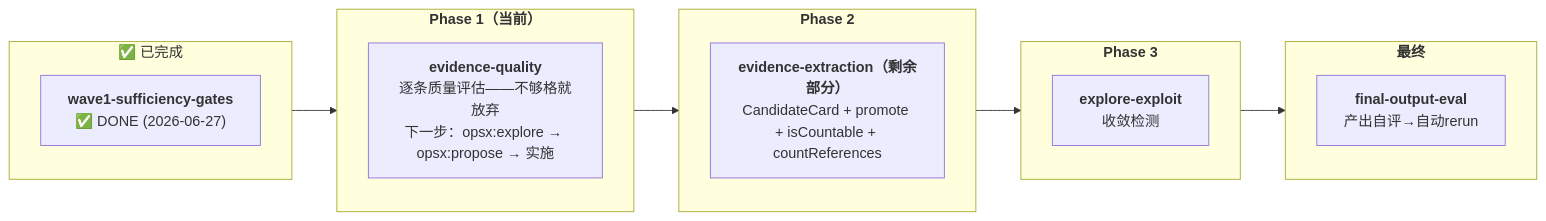
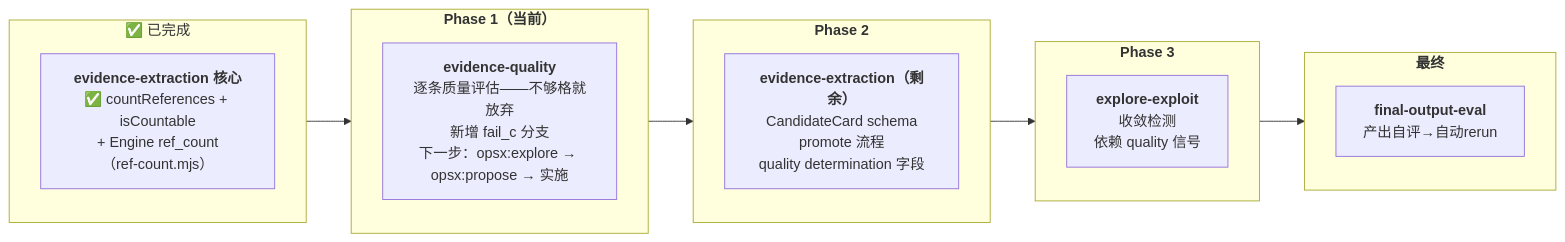
One commit to ethan-jiang-1/ai_tool_deepresearch changed the third of 3 diagrams in _backlog/todos/README.md. Above: the diagram before and after it, drawn with Mermaid. The commit also changed other lines of this file and 8 other files, not shown here.

````diff
--- a/_backlog/todos/README.md
+++ b/_backlog/todos/README.md
@@ -109,19 +108,19 @@
 ```mermaid
 flowchart LR
     subgraph DONE["✅ 已完成"]
-        W1D["<b>wave1-sufficiency-gates</b><br/>✅ DONE (2026-06-27)"]
+        W1D["<b>evidence-extraction 核心</b><br/>✅ countReferences + isCountable<br/>+ Engine ref_count<br/>（ref-count.mjs）"]
     end
     subgraph P1["<b>Phase 1（当前）</b>"]
-        EQ["<b>evidence-quality</b><br/>逐条质量评估——不够格就放弃<br/>下一步：opsx:explore → opsx:propose → 实施"]
+        EQ["<b>evidence-quality</b><br/>逐条质量评估——不够格就放弃<br/>新增 fail_c 分支<br/>下一步：opsx:explore → opsx:propose → 实施"]
     end
     subgraph P2["<b>Phase 2</b>"]
-        E2["<b>evidence-extraction（剩余部分）</b><br/>CandidateCard + promote + isCountable + countReferences"]
+        E2["<b>evidence-extraction（剩余）</b><br/>CandidateCard schema<br/>promote 流程<br/>quality determination 字段"]
     end
     subgraph P3["<b>Phase 3</b>"]
-        E3["<b>explore-exploit</b><br/>收敛检测"]
+        E3["<b>explore-exploit</b><br/>收敛检测<br/>依赖 quality 信号"]
     end
     subgraph FINAL["<b>最终</b>"]
         FO["<b>final-output-eval</b><br/>产出自评→自动rerun"]
     end
     DONE --> P1 --> P2 --> P3 --> FINAL
 ```
````
